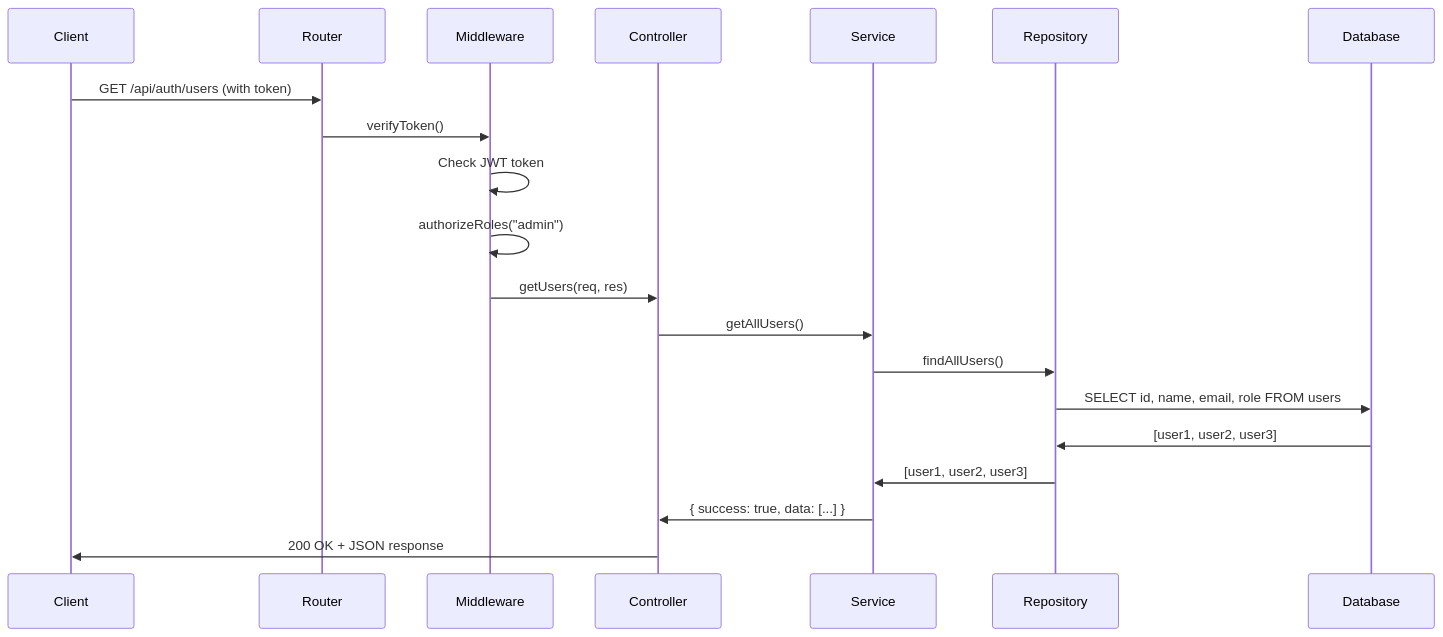
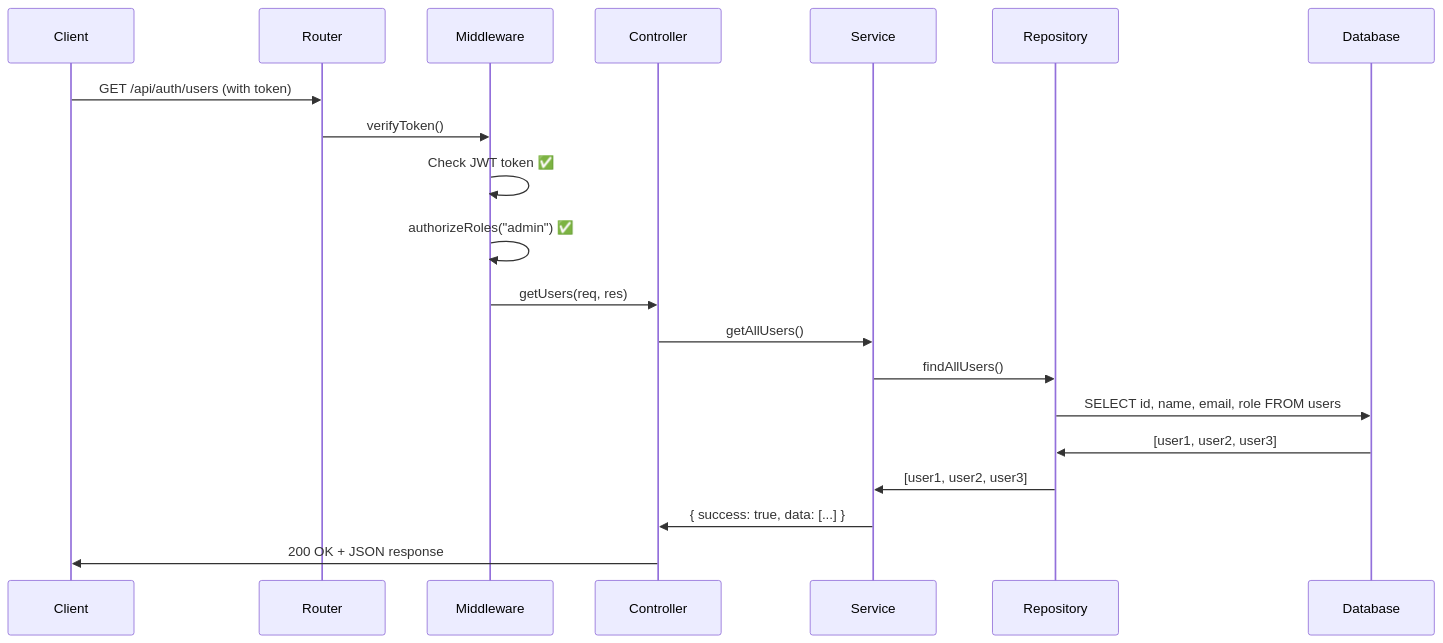
Before and after one commit to Nimsika-Bosilu/designHer_2.0-Student-Attendance-Management-System: diagram 25 of 30 in backend/README.md, drawn with Mermaid. The commit also changed other lines of this file, not shown here.

````diff
--- a/backend/README.md
+++ b/backend/README.md
@@ -1269,23 +1373,23 @@
 ```mermaid
 sequenceDiagram
     participant C as Client
     participant R as Router
     participant M as Middleware
     participant CT as Controller
     participant S as Service
     participant RP as Repository
     participant DB as Database
 
     C->>R: GET /api/auth/users (with token)
     R->>M: verifyToken()
-    M->>M: Check JWT token
-    M->>M: authorizeRoles("admin")
+    M->>M: Check JWT token ✅
+    M->>M: authorizeRoles("admin") ✅
     M->>CT: getUsers(req, res)
     CT->>S: getAllUsers()
     S->>RP: findAllUsers()
     RP->>DB: SELECT id, name, email, role FROM users
     DB->>RP: [user1, user2, user3]
     RP->>S: [user1, user2, user3]
     S->>CT: { success: true, data: [...] }
     CT->>C: 200 OK + JSON response
 ```
````
